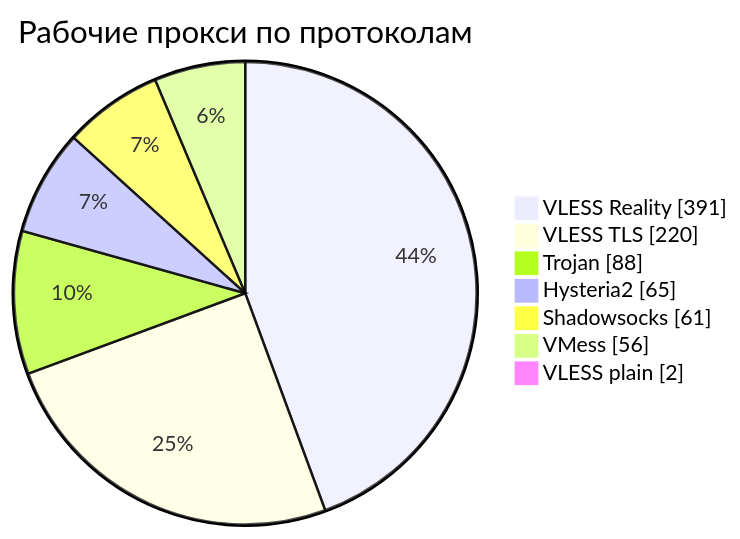
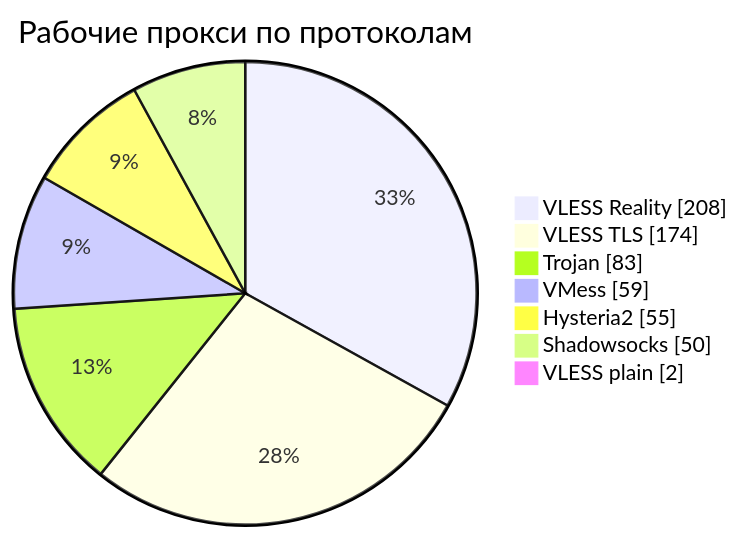
One commit to rvvg/proxy-subs changed the third of 4 diagrams in README.md. Above: the diagram before and after it, drawn with Mermaid. The commit also changed other lines of this file and 46 other files, not shown here.

````diff
--- a/README.md
+++ b/README.md
@@ -135,11 +129,11 @@
 ```mermaid
 pie showData
     title Рабочие прокси по протоколам
-    "VLESS Reality" : 391
-    "VLESS TLS" : 220
-    "Trojan" : 88
-    "Hysteria2" : 65
-    "Shadowsocks" : 61
-    "VMess" : 56
+    "VLESS Reality" : 208
+    "VLESS TLS" : 174
+    "Trojan" : 83
+    "VMess" : 59
+    "Hysteria2" : 55
+    "Shadowsocks" : 50
     "VLESS plain" : 2
 ```
````
